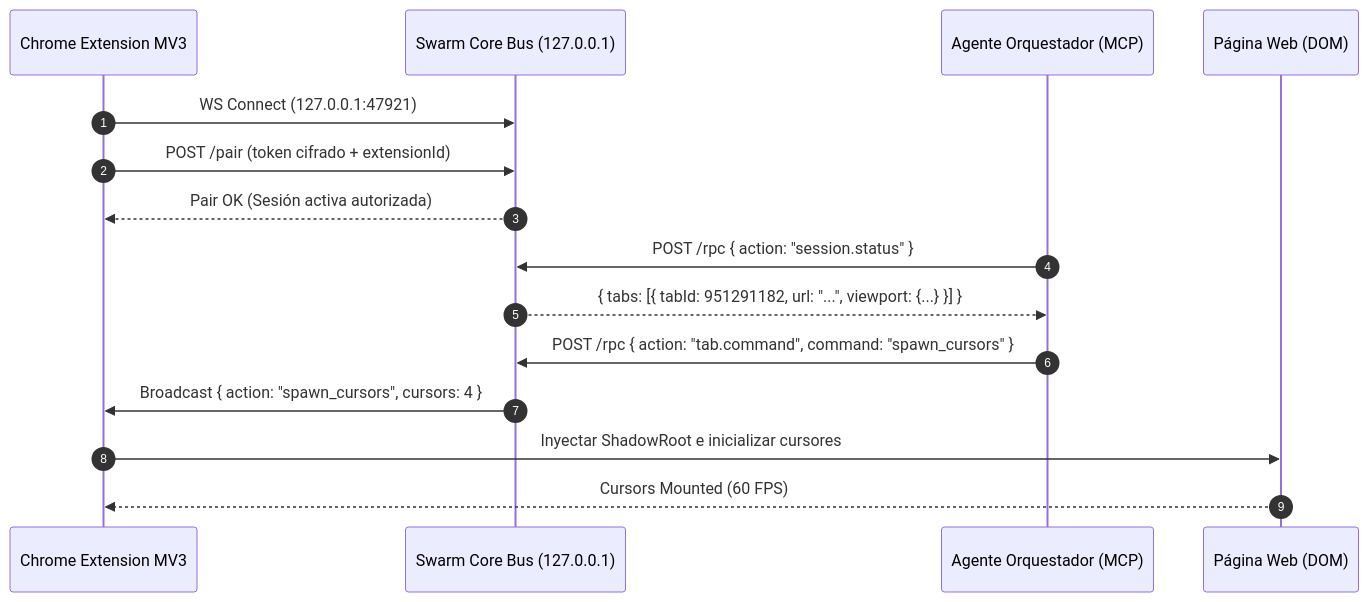
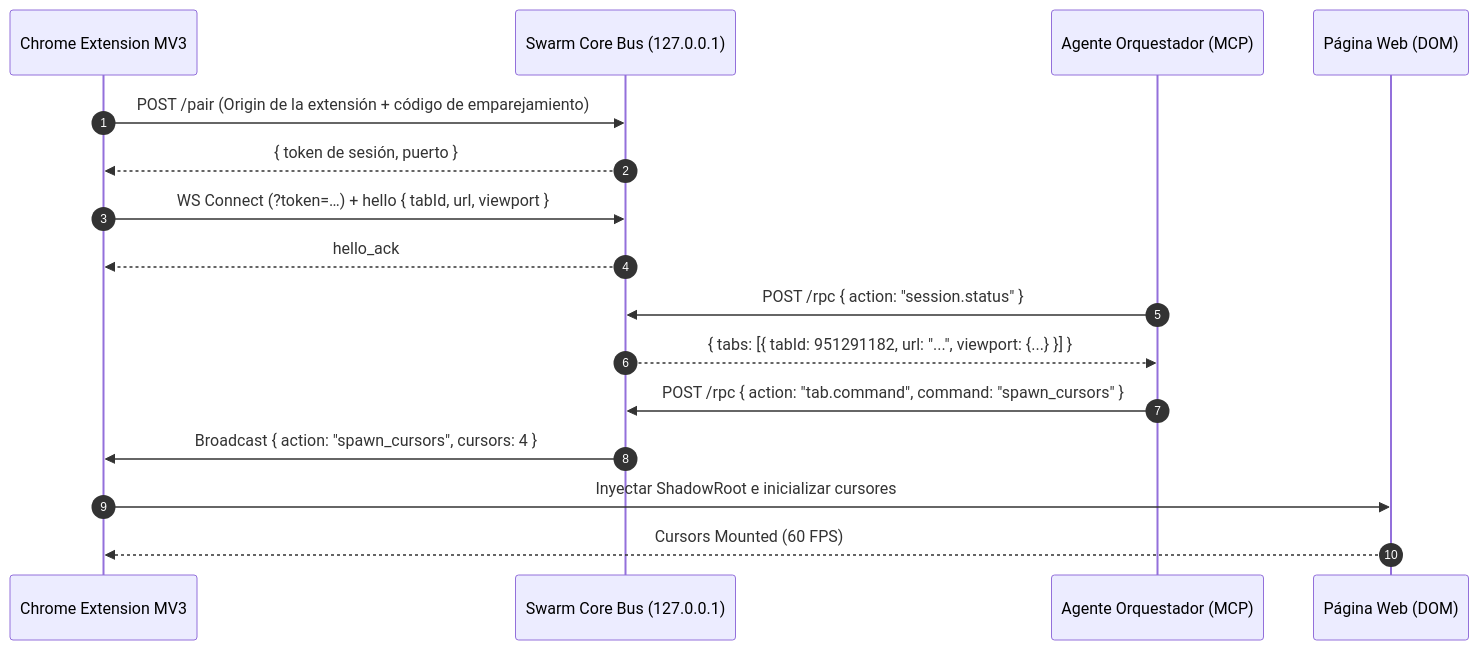
Before and after one commit to brayancortes22/swarm-qa-browser: the third of 7 diagrams in docs/SWARM_QA_PLATFORM_SPEC.md, drawn with Mermaid. The commit also changed other lines of this file and 13 other files, not shown here.

````diff
--- a/docs/SWARM_QA_PLATFORM_SPEC.md
+++ b/docs/SWARM_QA_PLATFORM_SPEC.md
@@ -115,20 +117,21 @@
 ```mermaid
 sequenceDiagram
     autonumber
     participant Extension as Chrome Extension MV3
     participant Bus as Swarm Core Bus (127.0.0.1)
     participant Agent as Agente Orquestador (MCP)
     participant DOM as Página Web (DOM)
 
-    Extension->>Bus: WS Connect (127.0.0.1:47921)
-    Extension->>Bus: POST /pair (token cifrado + extensionId)
-    Bus-->>Extension: Pair OK (Sesión activa autorizada)
+    Extension->>Bus: POST /pair (Origin de la extensión + código de emparejamiento)
+    Bus-->>Extension: { token de sesión, puerto }
+    Extension->>Bus: WS Connect (?token=…) + hello { tabId, url, viewport }
+    Bus-->>Extension: hello_ack
     
     Agent->>Bus: POST /rpc { action: "session.status" }
     Bus-->>Agent: { tabs: [{ tabId: 951291182, url: "...", viewport: {...} }] }
     
     Agent->>Bus: POST /rpc { action: "tab.command", command: "spawn_cursors" }
     Bus->>Extension: Broadcast { action: "spawn_cursors", cursors: 4 }
     Extension->>DOM: Inyectar ShadowRoot e inicializar cursores
     DOM-->>Extension: Cursors Mounted (60 FPS)
 ```
````
